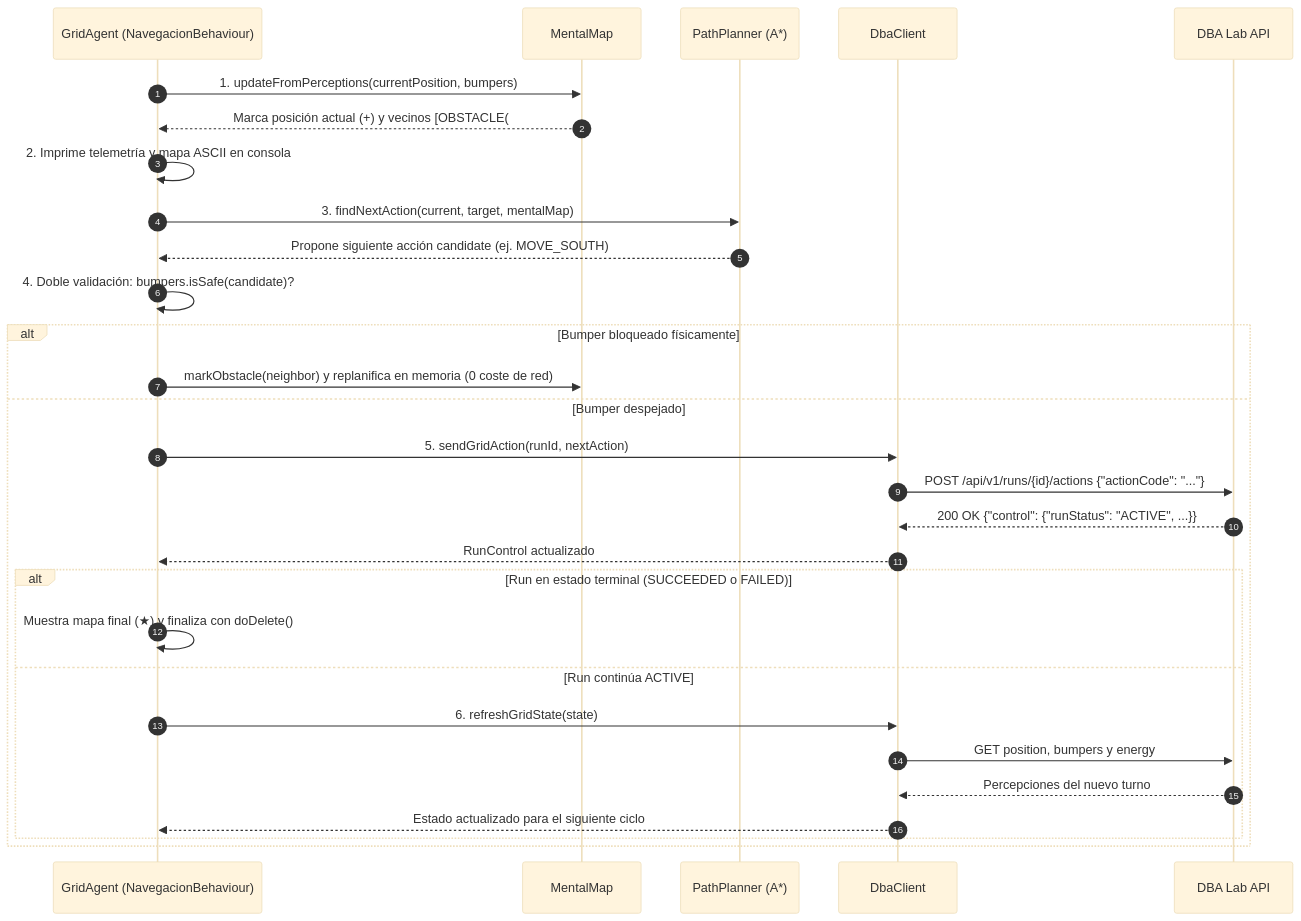
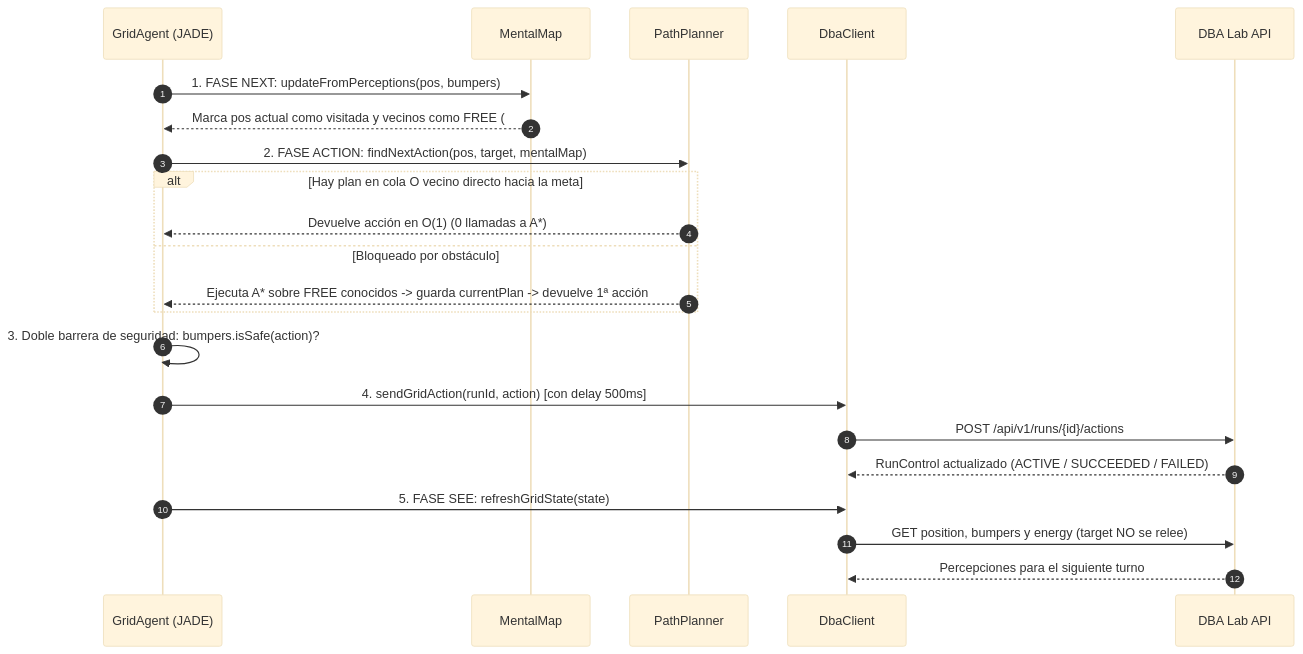
The third of 3 diagrams in GUIA_DEFENSA_GRID.md (franlasant/agentesp2), drawn with Mermaid (base theme) before and after one commit. The commit also changed other lines of this file, not shown here.

Commit message:
docs(grid): actualizar GUIA_DEFENSA_GRID.md con A* sobre mapa conocido, avance directo O(1) y GUI visual

````diff
--- a/GUIA_DEFENSA_GRID.md
+++ b/GUIA_DEFENSA_GRID.md
@@ -109,32 +139,25 @@
 ```mermaid
 sequenceDiagram
     autonumber
-    participant Agent as GridAgent (NavegacionBehaviour)
+    participant Agent as GridAgent (JADE)
     participant Map as MentalMap
-    participant Planner as PathPlanner (A*)
+    participant Planner as PathPlanner
     participant Client as DbaClient
     participant Server as DBA Lab API
 
-    Agent->>Map: 1. updateFromPerceptions(currentPosition, bumpers)
-    Map-->>Agent: Marca posición actual (+) y vecinos [OBSTACLE(#)/FREE(.)]
-    Agent->>Agent: 2. Imprime telemetría y mapa ASCII en consola
-    Agent->>Planner: 3. findNextAction(current, target, mentalMap)
-    Planner-->>Agent: Propone siguiente acción candidate (ej. MOVE_SOUTH)
-    Agent->>Agent: 4. Doble validación: bumpers.isSafe(candidate)?
-    alt Bumper bloqueado físicamente
-        Agent->>Map: markObstacle(neighbor) y replanifica en memoria (0 coste de red)
-    else Bumper despejado
-        Agent->>Client: 5. sendGridAction(runId, nextAction)
-        Client->>Server: POST /api/v1/runs/{id}/actions {"actionCode": "..."}
-        Server-->>Client: 200 OK {"control": {"runStatus": "ACTIVE", ...}}
-        Client-->>Agent: RunControl actualizado
-        alt Run en estado terminal (SUCCEEDED o FAILED)
-            Agent->>Agent: Muestra mapa final (★) y finaliza con doDelete()
-        else Run continúa ACTIVE
-            Agent->>Client: 6. refreshGridState(state)
-            Client->>Server: GET position, bumpers y energy
-            Server-->>Client: Percepciones del nuevo turno
-            Client-->>Agent: Estado actualizado para el siguiente ciclo
-        end
+    Agent->>Map: 1. FASE NEXT: updateFromPerceptions(pos, bumpers)
+    Map-->>Agent: Marca pos actual como visitada y vecinos como FREE (#) u OBSTACLE
+    Agent->>Planner: 2. FASE ACTION: findNextAction(pos, target, mentalMap)
+    alt Hay plan en cola O vecino directo hacia la meta
+        Planner-->>Agent: Devuelve acción en O(1) (0 llamadas a A*)
+    else Bloqueado por obstáculo
+        Planner-->>Agent: Ejecuta A* sobre FREE conocidos -> guarda currentPlan -> devuelve 1ª acción
     end
+    Agent->>Agent: 3. Doble barrera de seguridad: bumpers.isSafe(action)?
+    Agent->>Client: 4. sendGridAction(runId, action) [con delay 500ms]
+    Client->>Server: POST /api/v1/runs/{id}/actions
+    Server-->>Client: RunControl actualizado (ACTIVE / SUCCEEDED / FAILED)
+    Agent->>Client: 5. FASE SEE: refreshGridState(state)
+    Client->>Server: GET position, bumpers y energy (target NO se relee)
+    Server-->>Client: Percepciones para el siguiente turno
 ```
````
